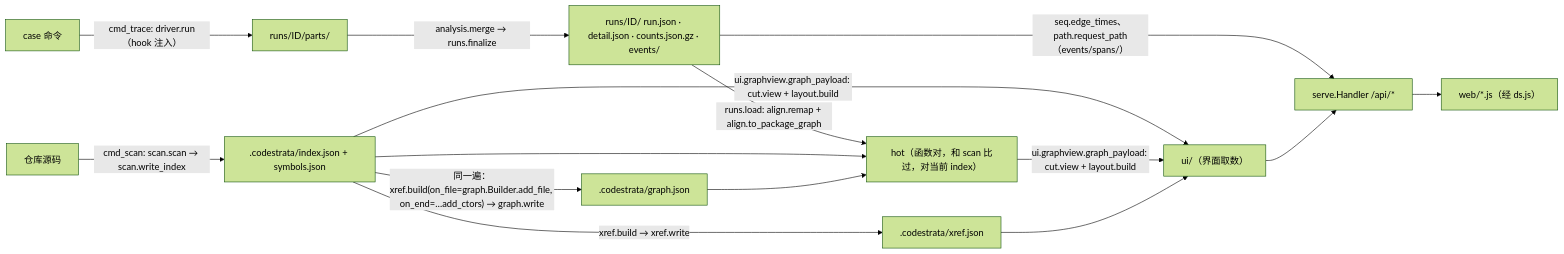
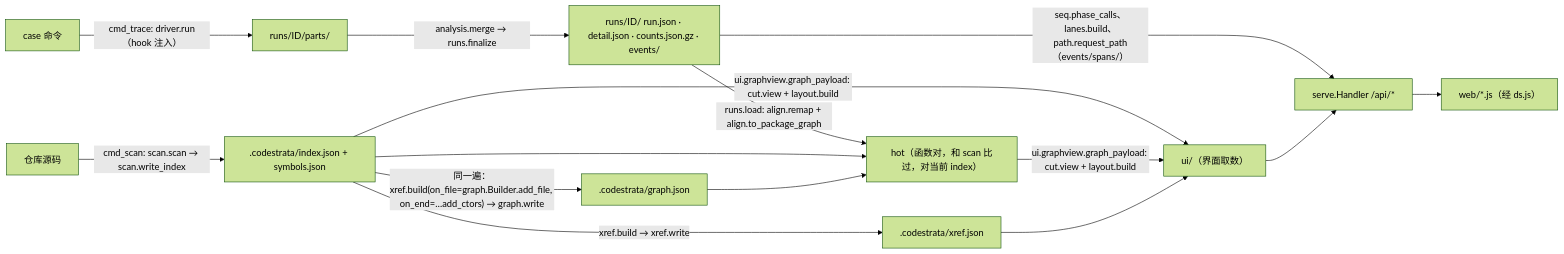
One commit to noviorlu/codestrata changed the diagram in docs/ARCHITECTURE.md. Above: the diagram before and after it, drawn with Mermaid (forest theme). The commit also changed other lines of this file and 14 other files, not shown here.

````diff
--- a/docs/ARCHITECTURE.md
+++ b/docs/ARCHITECTURE.md
@@ -35,16 +35,16 @@
 ```mermaid
 flowchart LR
   SRC["仓库源码"] -->|"cmd_scan: scan.scan → scan.write_index"| IDX[".codestrata/index.json + symbols.json"]
   IDX -->|"xref.build → xref.write"| XR[".codestrata/xref.json"]
   IDX -->|"同一遍：xref.build(on_file=graph.Builder.add_file, on_end=…add_ctors) → graph.write"| GR[".codestrata/graph.json"]
   CMD["case 命令"] -->|"cmd_trace: driver.run（hook 注入）"| PARTS["runs/ID/parts/"]
   PARTS -->|"analysis.merge → runs.finalize"| RUN["runs/ID/ run.json · detail.json · counts.json.gz · events/"]
   RUN -->|"runs.load: align.remap + align.to_package_graph"| HOT["hot（函数对，和 scan 比过，对当前 index）"]
   IDX --> HOT
   GR --> HOT
   IDX & HOT -->|"ui.graphview.graph_payload: cut.view + layout.build"| PL["ui/（界面取数）"]
   XR --> PL
-  RUN -->|"seq.edge_times、path.request_path（events/spans/）"| API
+  RUN -->|"seq.phase_calls、lanes.build、path.request_path（events/spans/）"| API
   PL --> API["serve.Handler /api/*"]
   API --> WEB["web/*.js（经 ds.js）"]
 ```
````
